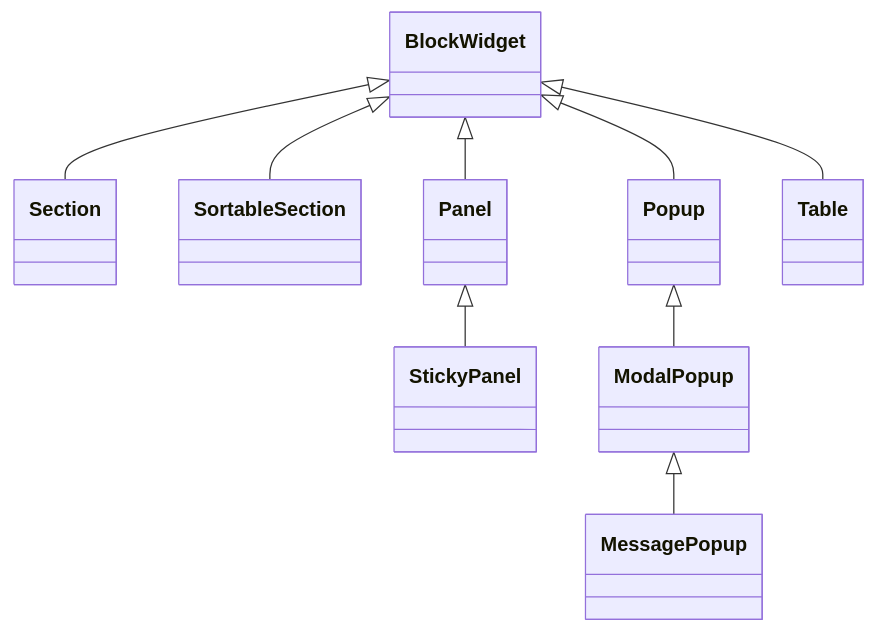
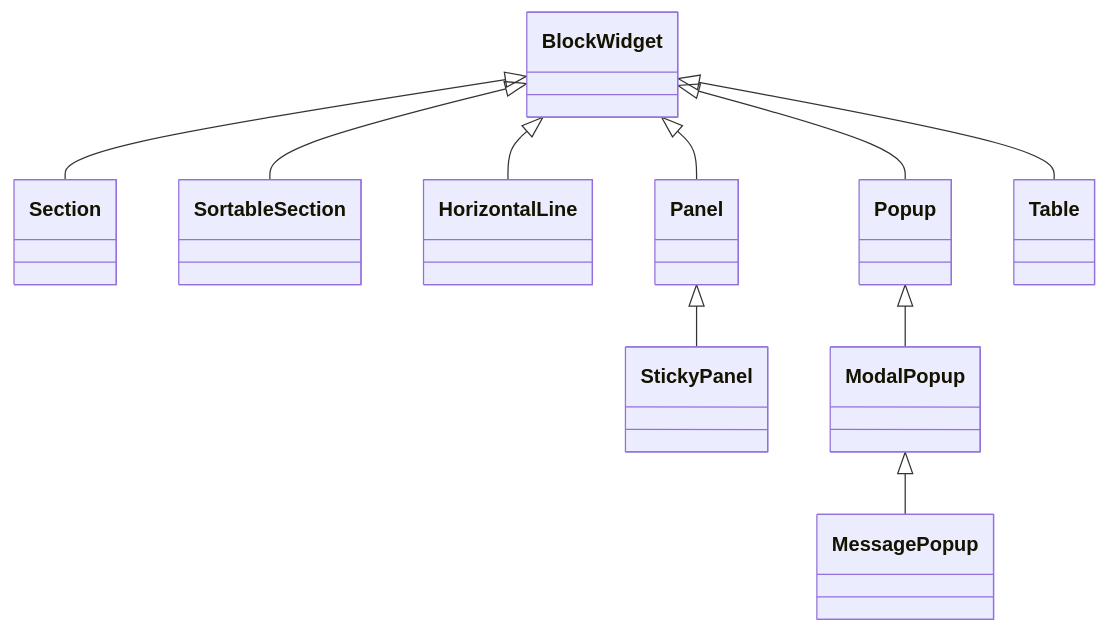
Before and after one commit to kniazkov/widgets: the second of 6 diagrams in docs/WIDGETS.md, drawn with Mermaid. The commit also changed other lines of this file and 6 other files, not shown here.

Commit message:
Add a styled reactive HorizontalLine separator

````diff
--- a/docs/WIDGETS.md
+++ b/docs/WIDGETS.md
@@ -35,12 +35,13 @@
 ```mermaid
 classDiagram
     direction TB
     BlockWidget <|-- Section
     BlockWidget <|-- SortableSection
+    BlockWidget <|-- HorizontalLine
     BlockWidget <|-- Panel
     Panel <|-- StickyPanel
     BlockWidget <|-- Popup
     Popup <|-- ModalPopup
     ModalPopup <|-- MessagePopup
     BlockWidget <|-- Table
 ```
````
